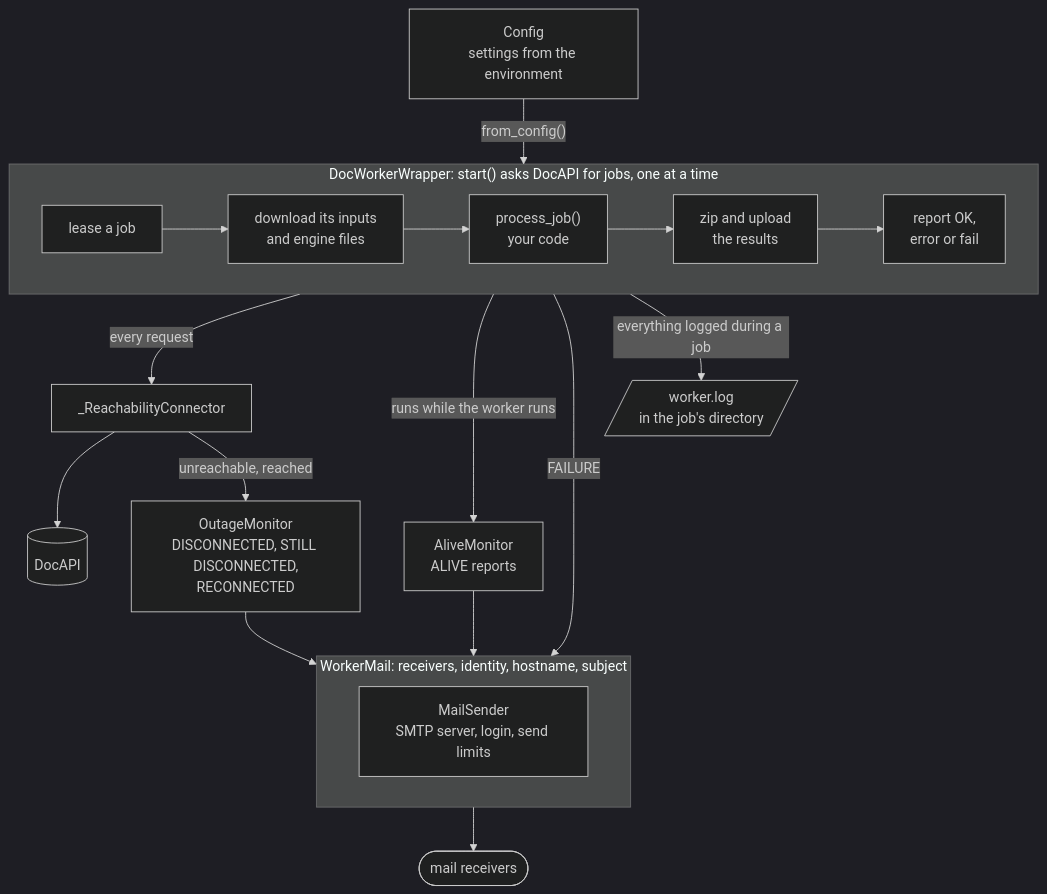
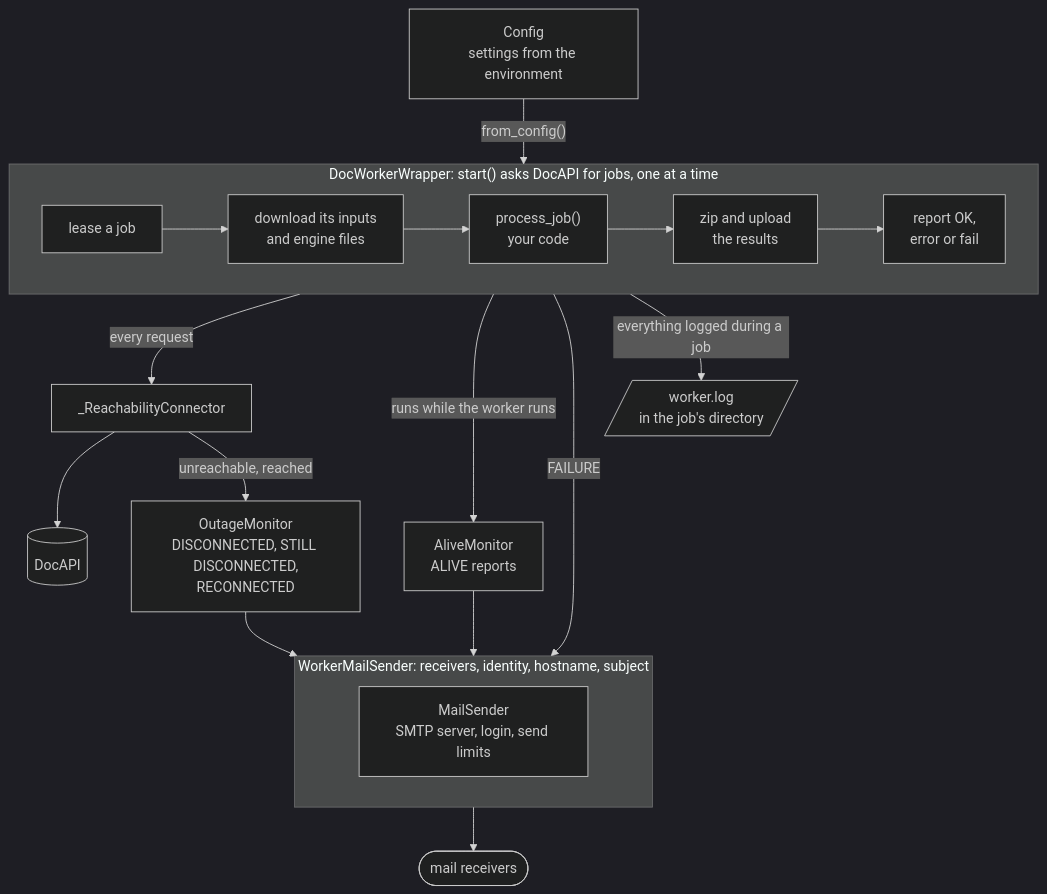
Before and after one commit to DCGM/DocAPI: the diagram in doc_worker/README.md, drawn with Mermaid (dark theme). The commit also changed other lines of this file and 12 other files, not shown here.

````diff
--- a/doc_worker/README.md
+++ b/doc_worker/README.md
@@ -14,23 +14,23 @@
 ```mermaid
 flowchart TD
     subgraph Worker["DocWorkerWrapper: start() asks DocAPI for jobs, one at a time"]
         direction LR
         Lease["lease a job"] --> Download["download its inputs<br/>and engine files"]
         Download --> Process["process_job()<br/>your code"]
         Process --> Upload["zip and upload<br/>the results"]
         Upload --> Report["report OK,<br/>error or fail"]
     end
-    subgraph Mail["WorkerMail: receivers, identity, hostname, subject"]
+    subgraph Mail["WorkerMailSender: receivers, identity, hostname, subject"]
         Sender["MailSender<br/>SMTP server, login, send limits"]
     end
     Config["Config<br/>settings from the environment"] -- "from_config()" --> Worker
     Worker -- "every request" --> Connector["_ReachabilityConnector"]
     Connector --> DocAPI[("DocAPI")]
     Connector -- "unreachable, reached" --> Outages["OutageMonitor<br/>DISCONNECTED, STILL DISCONNECTED,<br/>RECONNECTED"]
     Worker -- "runs while the worker runs" --> Alive["AliveMonitor<br/>ALIVE reports"]
     Worker -- "FAILURE" --> Mail
     Outages --> Mail
     Alive --> Mail
     Mail --> Receivers(["mail receivers"])
     Worker -- "everything logged during a job" --> JobLog[/"worker.log<br/>in the job's directory"/]
 ```
````
